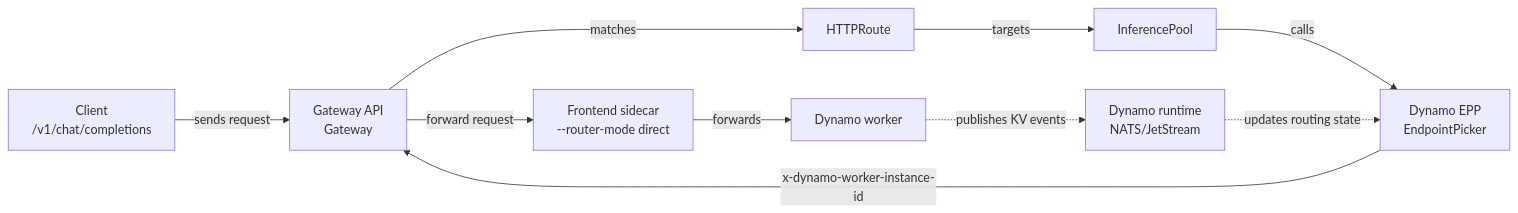
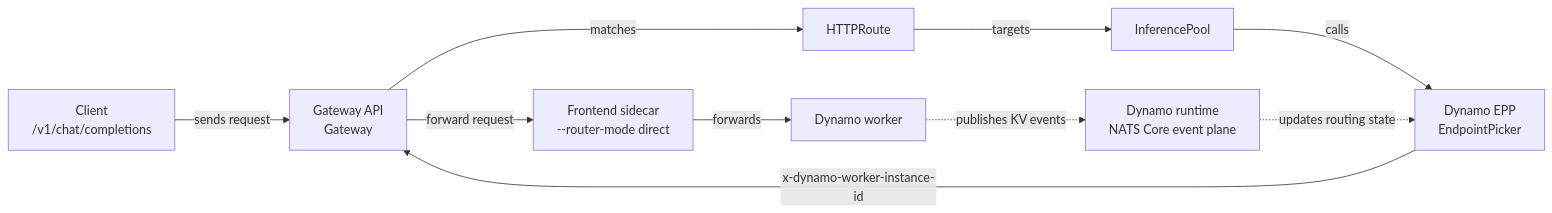
Before and after one commit to githubgxll/dynamo: the first of 2 diagrams in docs/kubernetes/gateway-api/README.mdx, drawn with Mermaid. The commit also changed other lines of this file and 589 other files, not shown here.

````diff
--- a/docs/kubernetes/gateway-api/README.mdx
+++ b/docs/kubernetes/gateway-api/README.mdx
@@ -41,12 +41,12 @@
 ```mermaid
 flowchart LR
     Client["Client<br/>/v1/chat/completions"] -->|"sends request"| Gateway["Gateway API<br/>Gateway"]
     Gateway -->|"matches"| Route["HTTPRoute"]
     Route -->|"targets"| Pool["InferencePool"]
     Pool -->|"calls"| EPP["Dynamo EPP<br/>EndpointPicker"]
     EPP -->|"x-dynamo-worker-instance-id"| Gateway
     Gateway -->|"forward request"| Sidecar["Frontend sidecar<br/>--router-mode direct"]
     Sidecar -->|"forwards"| Worker["Dynamo worker"]
-    Worker -. "publishes KV events" .-> Runtime["Dynamo runtime<br/>NATS/JetStream"]
+    Worker -. "publishes KV events" .-> Runtime["Dynamo runtime<br/>NATS Core event plane"]
     Runtime -. "updates routing state" .-> EPP
 ```
````
